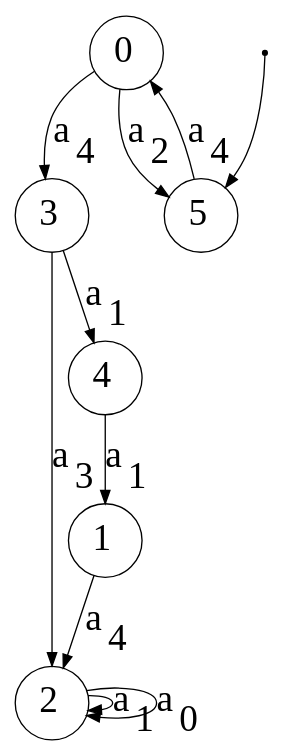
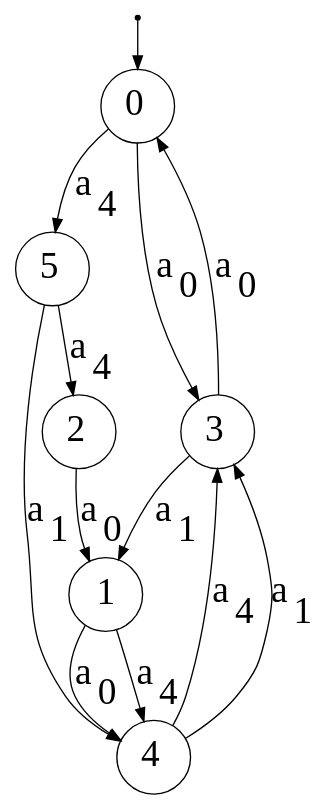
The diagram in dotsource.dot (Reithger/Finite-State-Machine-Model), drawn with Graphviz before and after one commit. The commit also changed 2 other files, not shown here.

```diff
--- a/dotsource.dot
+++ b/dotsource.dot
@@ -1,19 +1,21 @@
 digraph G {
 "n0"[label= <0> shape=circle color="black" style=wedged fillcolor="white" style=filled fontsize="28"];
+"ArbitraryUnusedNameNoWorriesJustGrooving1"[fontSize=1 shape=point];
 "n1"[label= <1> shape=circle color="black" style=wedged fillcolor="white" style=filled fontsize="28"];
 "n2"[label= <2> shape=circle color="black" style=wedged fillcolor="white" style=filled fontsize="28"];
 "n3"[label= <3> shape=circle color="black" style=wedged fillcolor="white" style=filled fontsize="28"];
 "n4"[label= <4> shape=circle color="black" style=wedged fillcolor="white" style=filled fontsize="28"];
 "n5"[label= <5> shape=circle color="black" style=wedged fillcolor="white" style=filled fontsize="28"];
-"ArbitraryUnusedNameNoWorriesJustGrooving6"[fontSize=1 shape=point];
-{"ArbitraryUnusedNameNoWorriesJustGrooving6"}->{"n5"};
-{"n0"}->{"n3"}[label = <a<sub>4</sub>> color="black" arrowhead="normal" style="" fontsize="28"];
-{"n0"}->{"n5"}[label = <a<sub>2</sub>> color="black" arrowhead="normal" style="" fontsize="28"];
-{"n1"}->{"n2"}[label = <a<sub>4</sub>> color="black" arrowhead="normal" style="" fontsize="28"];
-{"n2"}->{"n2"}[label = <a<sub>1</sub>> color="black" arrowhead="normal" style="" fontsize="28"];
-{"n2"}->{"n2"}[label = <a<sub>0</sub>> color="black" arrowhead="normal" style="" fontsize="28"];
-{"n3"}->{"n4"}[label = <a<sub>1</sub>> color="black" arrowhead="normal" style="" fontsize="28"];
-{"n3"}->{"n2"}[label = <a<sub>3</sub>> color="black" arrowhead="normal" style="" fontsize="28"];
-{"n4"}->{"n1"}[label = <a<sub>1</sub>> color="black" arrowhead="normal" style="" fontsize="28"];
-{"n5"}->{"n0"}[label = <a<sub>4</sub>> color="black" arrowhead="normal" style="" fontsize="28"];
+{"ArbitraryUnusedNameNoWorriesJustGrooving1"}->{"n0"};
+{"n0"}->{"n5"}[label = <a<sub>4</sub>> color="black" arrowhead="normal" style="" fontsize="28"];
+{"n0"}->{"n3"}[label = <a<sub>0</sub>> color="black" arrowhead="normal" style="" fontsize="28"];
+{"n1"}->{"n4"}[label = <a<sub>4</sub>> color="black" arrowhead="normal" style="" fontsize="28"];
+{"n1"}->{"n4"}[label = <a<sub>0</sub>> color="black" arrowhead="normal" style="" fontsize="28"];
+{"n2"}->{"n1"}[label = <a<sub>0</sub>> color="black" arrowhead="normal" style="" fontsize="28"];
+{"n3"}->{"n0"}[label = <a<sub>0</sub>> color="black" arrowhead="normal" style="" fontsize="28"];
+{"n3"}->{"n1"}[label = <a<sub>1</sub>> color="black" arrowhead="normal" style="" fontsize="28"];
+{"n4"}->{"n3"}[label = <a<sub>1</sub>> color="black" arrowhead="normal" style="" fontsize="28"];
+{"n4"}->{"n3"}[label = <a<sub>4</sub>> color="black" arrowhead="normal" style="" fontsize="28"];
+{"n5"}->{"n2"}[label = <a<sub>4</sub>> color="black" arrowhead="normal" style="" fontsize="28"];
+{"n5"}->{"n4"}[label = <a<sub>1</sub>> color="black" arrowhead="normal" style="" fontsize="28"];
 }
```
